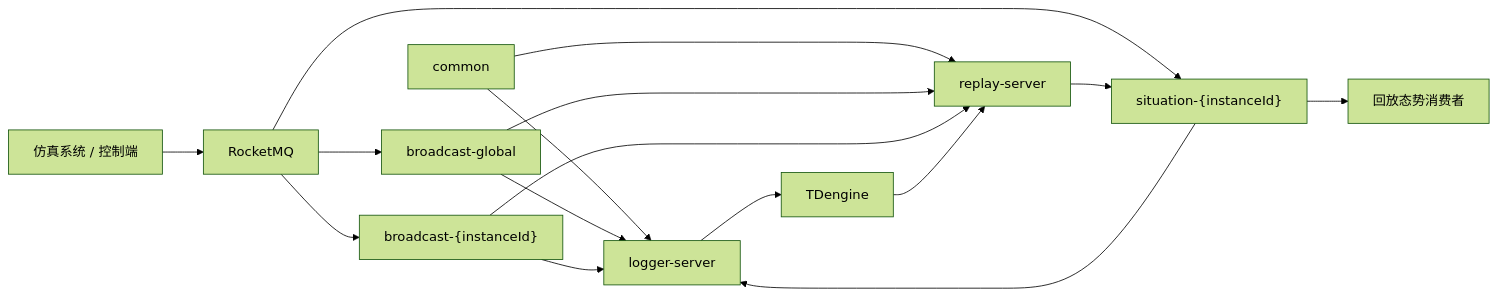
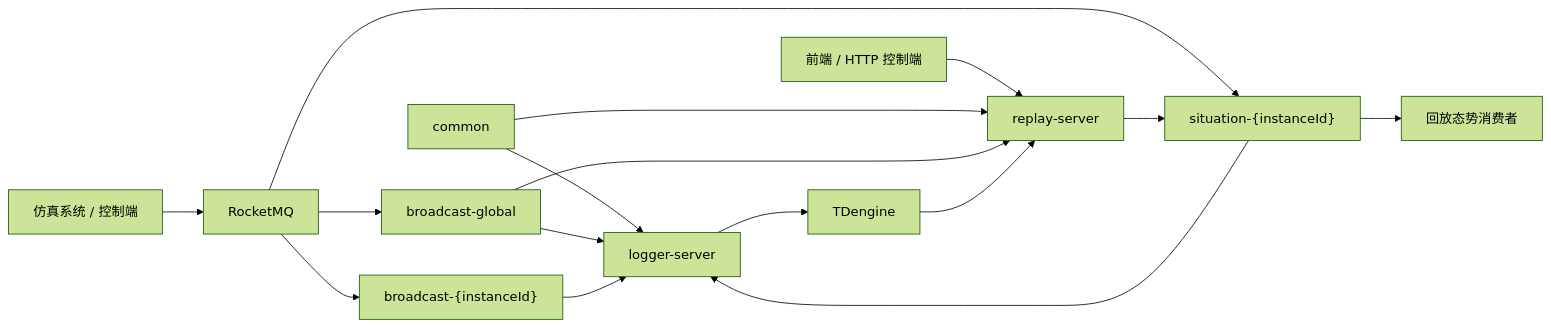
Before and after one commit to wangbinio/logger-server: the first of 3 diagrams in ARCHITECTURE.md, drawn with Mermaid (forest theme). The commit also changed other lines of this file and 18 other files, not shown here.

````diff
--- a/ARCHITECTURE.md
+++ b/ARCHITECTURE.md
@@ -32,32 +32,33 @@
 ```mermaid
 flowchart LR
     Producer["仿真系统 / 控制端"]
+    HttpClient["前端 / HTTP 控制端"]
     RocketMQ["RocketMQ"]
     GlobalTopic["broadcast-global"]
     InstanceTopic["broadcast-{instanceId}"]
     SituationTopic["situation-{instanceId}"]
     Common["common"]
     LoggerServer["logger-server"]
     ReplayServer["replay-server"]
     TDengine["TDengine"]
     Consumer["回放态势消费者"]
 
     Producer --> RocketMQ
     RocketMQ --> GlobalTopic
     RocketMQ --> InstanceTopic
     RocketMQ --> SituationTopic
+    HttpClient --> ReplayServer
 
     Common --> LoggerServer
     Common --> ReplayServer
 
     GlobalTopic --> LoggerServer
     InstanceTopic --> LoggerServer
     SituationTopic --> LoggerServer
     LoggerServer --> TDengine
 
     GlobalTopic --> ReplayServer
-    InstanceTopic --> ReplayServer
     TDengine --> ReplayServer
     ReplayServer --> SituationTopic
     SituationTopic --> Consumer
 ```
````
